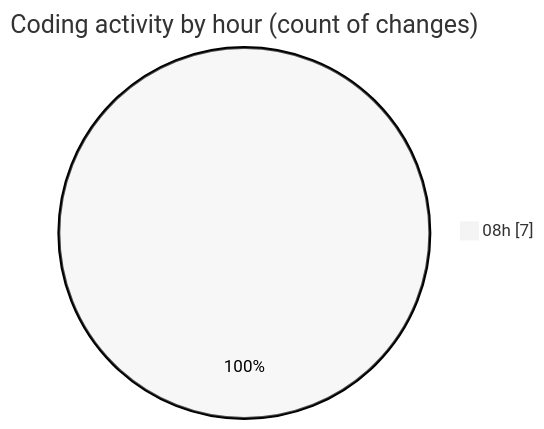
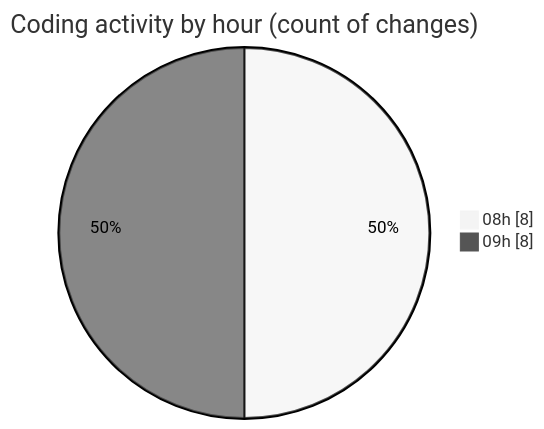
The second of 2 diagrams in 2025-03-17/lumine-web/README.md (robertbonfada/code-tracking), drawn with Mermaid (neutral theme) before and after one commit. The commit also changed other lines of this file and 1 other file, not shown here.

````diff
--- a/2025-03-17/lumine-web/README.md
+++ b/2025-03-17/lumine-web/README.md
@@ -30,5 +34,6 @@
 ```mermaid
 pie showData
 title Coding activity by hour (count of changes)
-"08h" : 7
+"08h" : 8
+"09h" : 8
 ```
````
